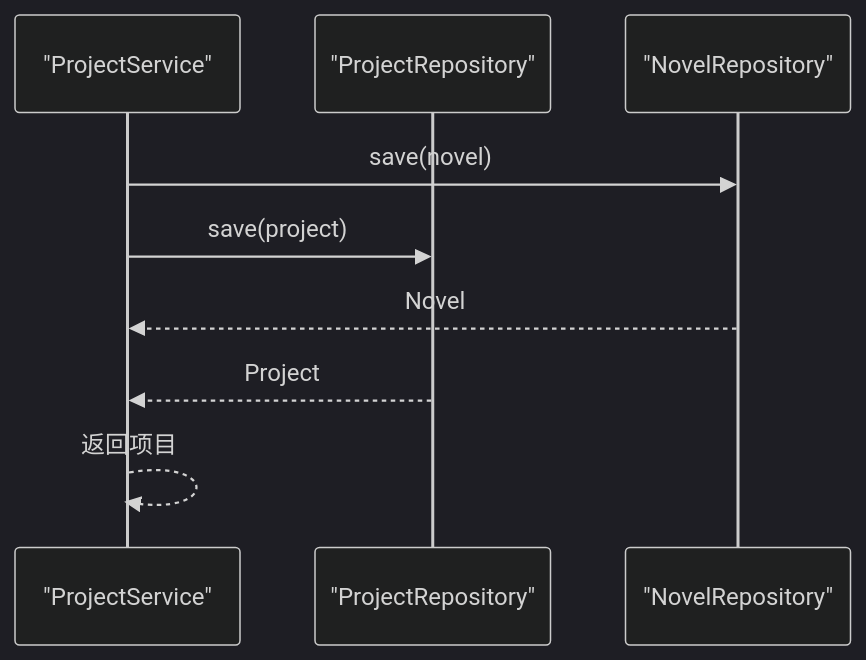
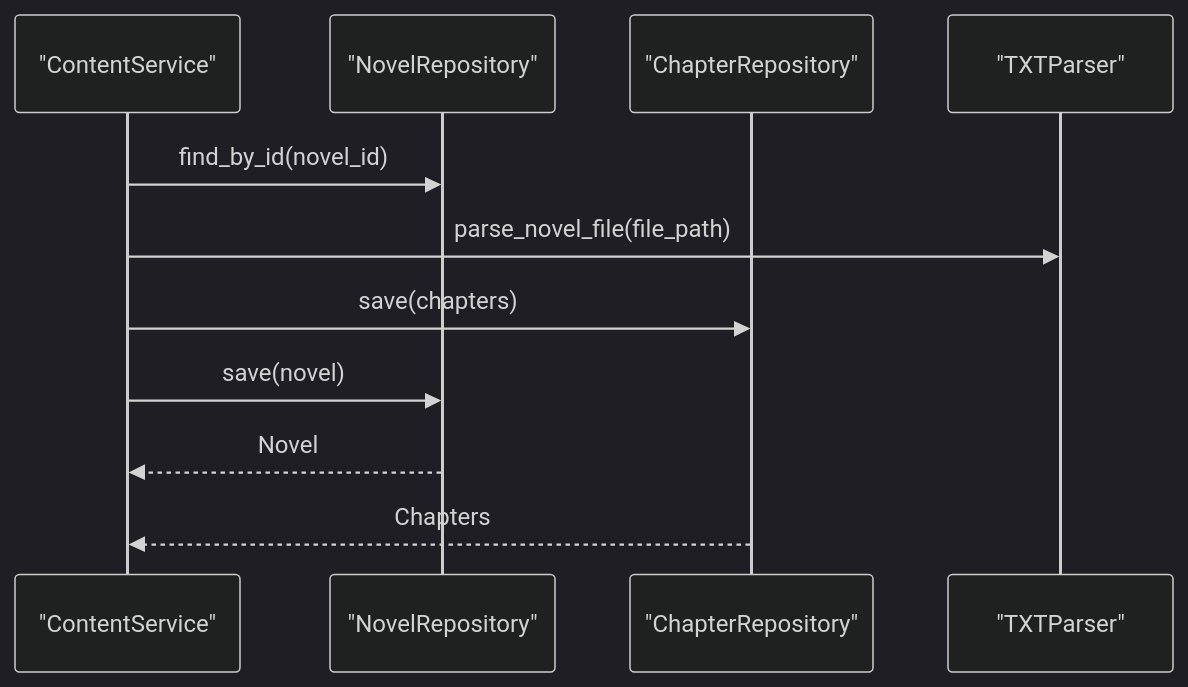
The fifth of 11 diagrams in .qoder/repowiki/zh/content/测试策略/测试策略.md (octsfm/InkTrace), drawn with Mermaid (dark theme) before and after one commit. The commit also changed other lines of this file and 25 other files, not shown here.

````diff
--- a/.qoder/repowiki/zh/content/测试策略/测试策略.md
+++ b/.qoder/repowiki/zh/content/测试策略/测试策略.md
@@ -243,11 +311,13 @@
 ```mermaid
 sequenceDiagram
-participant Svc as "ProjectService"
-participant RepoP as "ProjectRepository"
-participant RepoN as "NovelRepository"
-Svc->>RepoN : save(novel)
-Svc->>RepoP : save(project)
-RepoN-->>Svc : Novel
-RepoP-->>Svc : Project
-Svc-->>Svc : 返回项目
+participant CS as "ContentService"
+participant NS as "NovelRepository"
+participant CSRepo as "ChapterRepository"
+participant Parser as "TXTParser"
+CS->>NS : find_by_id(novel_id)
+CS->>Parser : parse_novel_file(file_path)
+CS->>CSRepo : save(chapters)
+CS->>NS : save(novel)
+NS-->>CS : Novel
+CSRepo-->>CS : Chapters
 ```
````
